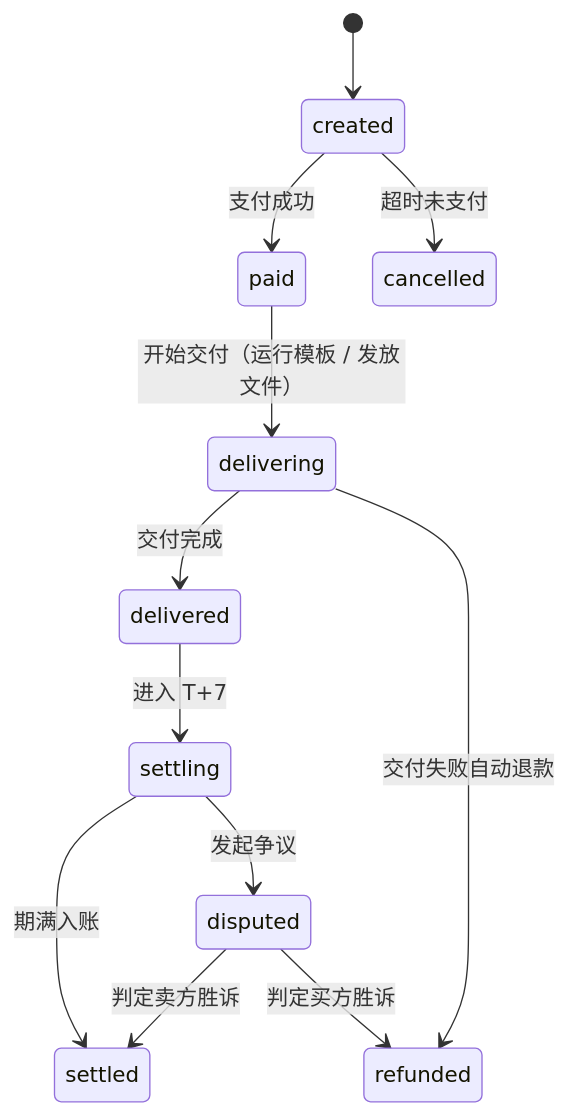
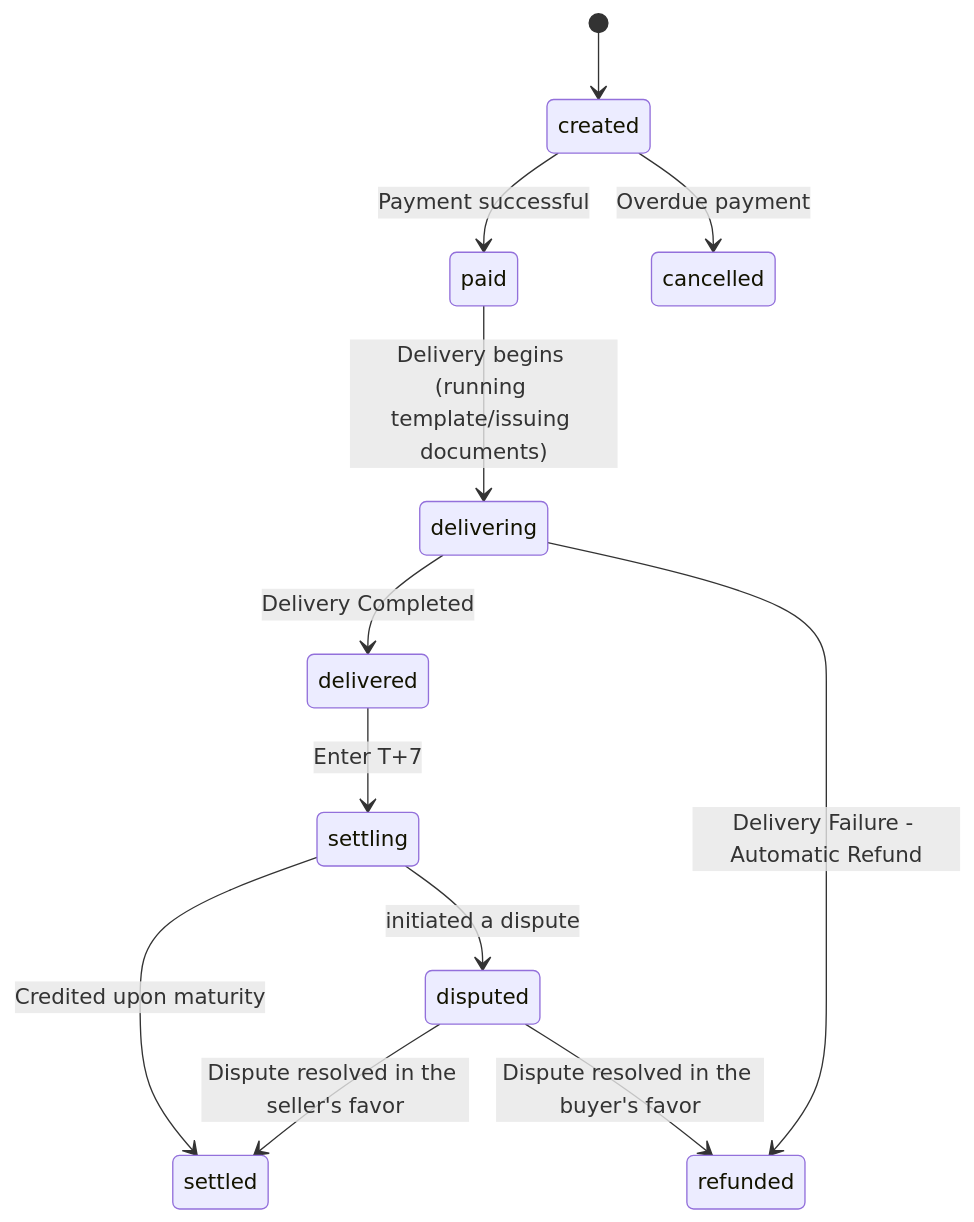
Diagram 16 of 17 in docs/prd.md (Runqi518/SPARKLE-AI---Your-Creativity-Deserves-a-Market), drawn with Mermaid before and after one commit. The commit also changed other lines of this file and 60 other files, not shown here.

````diff
--- a/docs/prd.md
+++ b/docs/prd.md
@@ -1487,14 +1461,14 @@
 ```mermaid
 stateDiagram-v2
     [*] --> created
-    created --> paid: 支付成功
-    created --> cancelled: 超时未支付
-    paid --> delivering: 开始交付（运行模板 / 发放文件）
-    delivering --> delivered: 交付完成
-    delivering --> refunded: 交付失败自动退款
-    delivered --> settling: 进入 T+7
-    settling --> settled: 期满入账
-    settling --> disputed: 发起争议
-    disputed --> settled: 判定卖方胜诉
-    disputed --> refunded: 判定买方胜诉
+    created --> paid: Payment successful
+    created --> cancelled: Overdue payment
+    paid --> delivering: Delivery begins (running template/issuing documents)
+    delivering --> delivered: Delivery Completed
+    delivering --> refunded: Delivery Failure - Automatic Refund
+    delivered --> settling: Enter T+7
+    settling --> settled: Credited upon maturity
+    settling --> disputed: initiated a dispute
+    disputed --> settled: Dispute resolved in the seller's favor
+    disputed --> refunded: Dispute resolved in the buyer's favor
 ```
````
